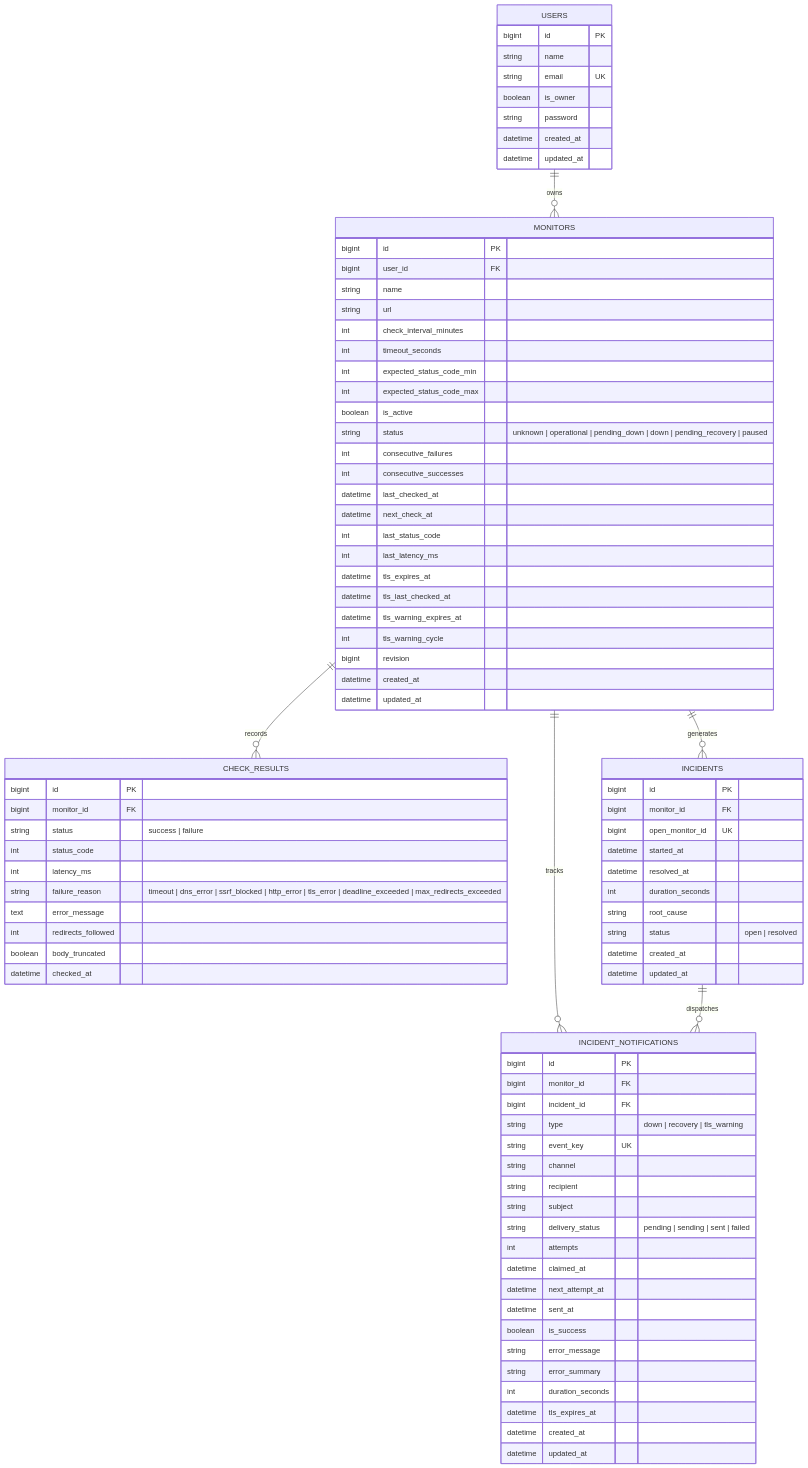
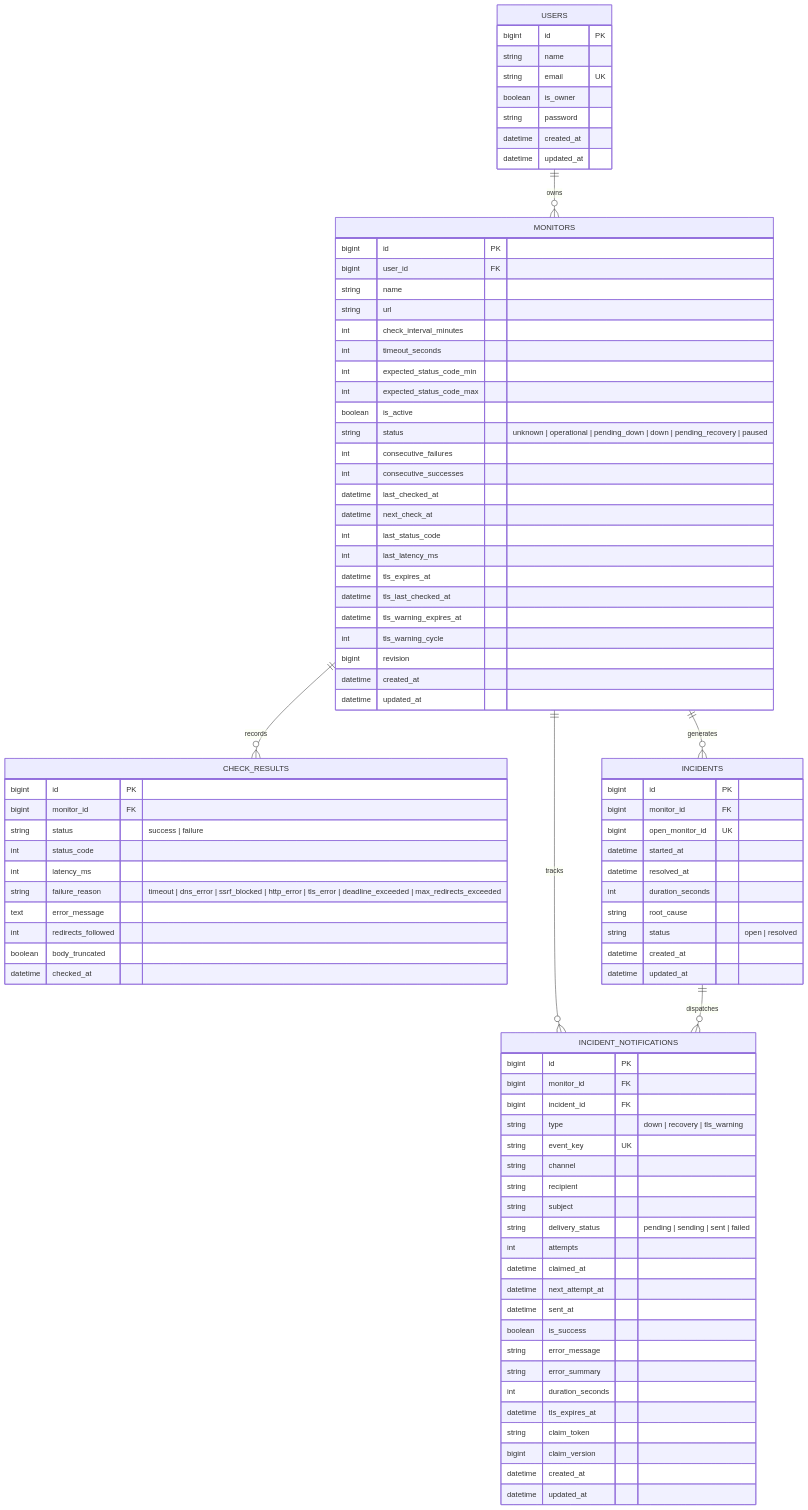
One commit to ayjed/SitePulse changed the second of 2 diagrams in docs/ARCHITECTURE.md. Above: the diagram before and after it, drawn with Mermaid. The commit also changed 18 other files, not shown here.

```diff
--- a/docs/ARCHITECTURE.md
+++ b/docs/ARCHITECTURE.md
@@ -218,6 +218,8 @@
         string error_summary
         int duration_seconds
         datetime tls_expires_at
+        string claim_token
+        bigint claim_version
         datetime created_at
         datetime updated_at
     }
```
